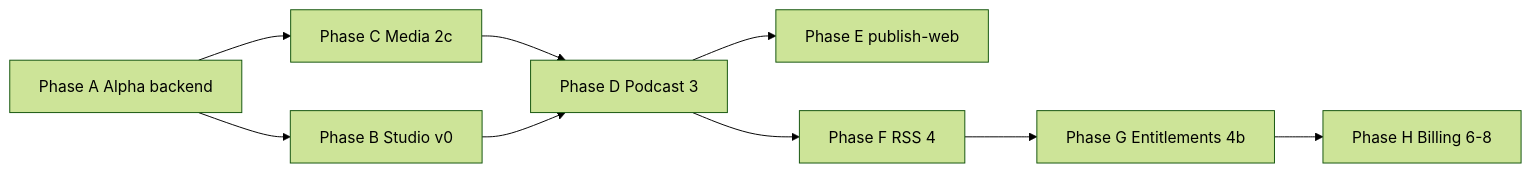
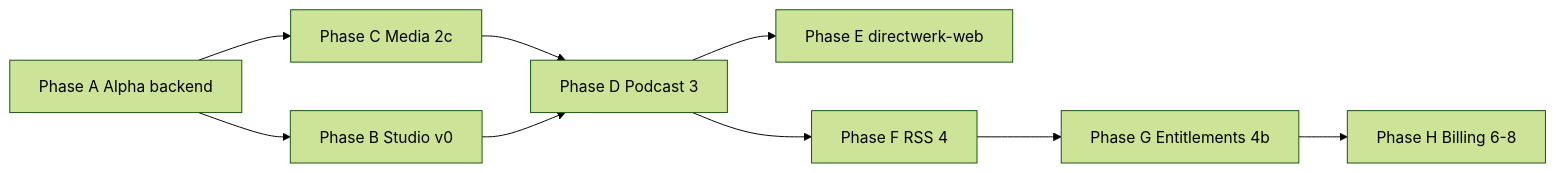
One commit to LucaNerlich/directwerk changed the first of 3 diagrams in docs/poc-alpha-setup.md. Above: the diagram before and after it, drawn with Mermaid (forest theme). The commit also changed other lines of this file and 495 other files, not shown here.

Commit message:
rename publish to directwerk

````diff
--- a/docs/poc-alpha-setup.md
+++ b/docs/poc-alpha-setup.md
@@ -28,11 +28,11 @@
 ```mermaid
 flowchart LR
     A[Phase A Alpha backend] --> B[Phase B Studio v0]
     A --> C[Phase C Media 2c]
     C --> D[Phase D Podcast 3]
     B --> D
-    D --> E[Phase E publish-web]
+    D --> E[Phase E directwerk-web]
     D --> F[Phase F RSS 4]
     F --> G[Phase G Entitlements 4b]
     G --> H[Phase H Billing 6-8]
 ```
````
